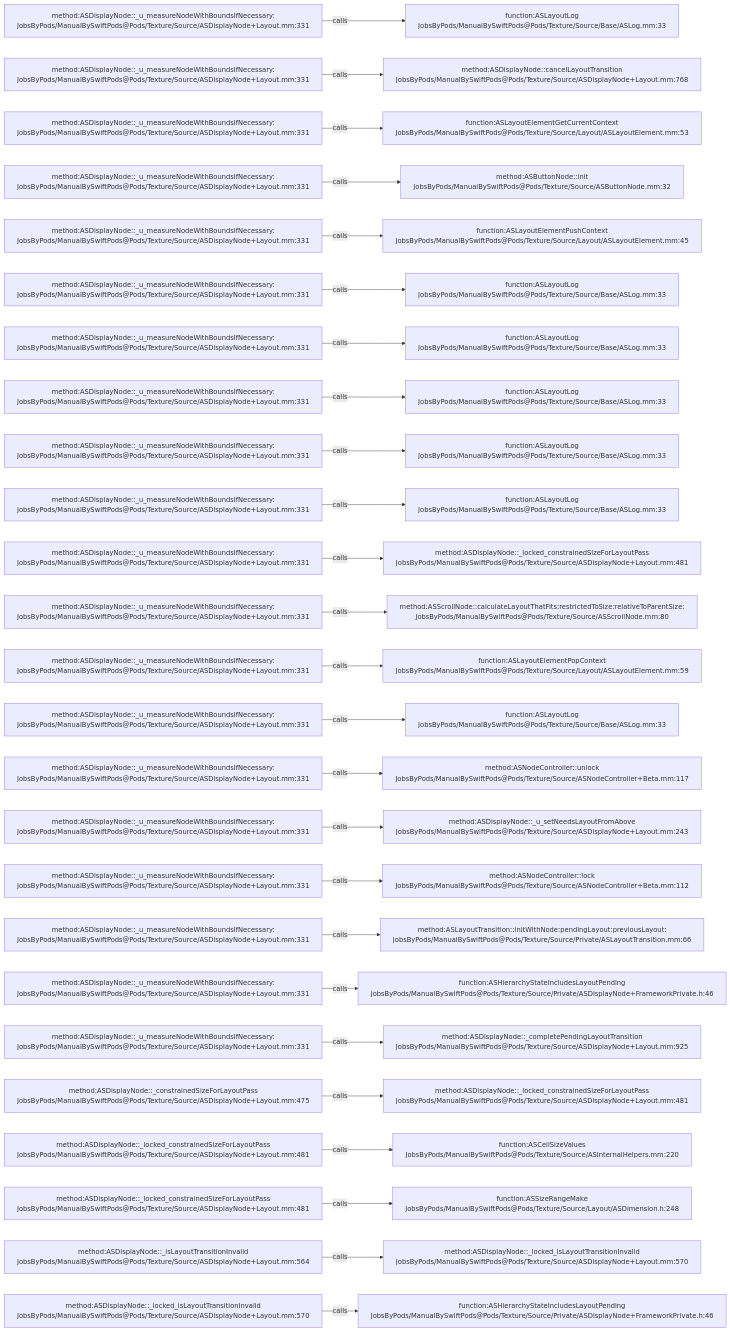
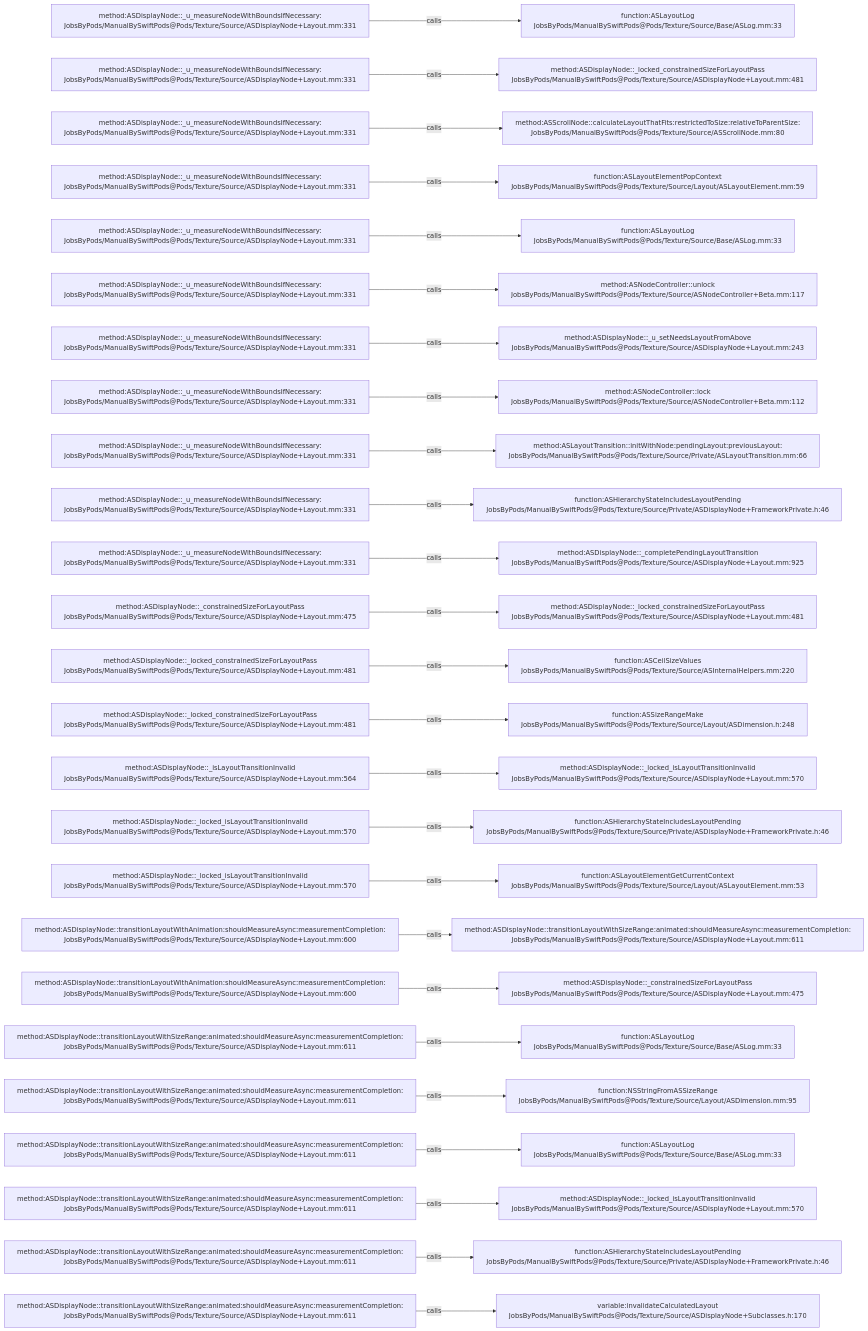
One commit to JobsKits/JobsSwiftBaseConfigDemo changed the diagram in .codegraph/codegraph.md/graphs/calls-022.md. Above: the diagram before and after it, drawn with Mermaid. The commit also changed 707 other files, not shown here.

````diff
--- a/.codegraph/codegraph.md/graphs/calls-022.md
+++ b/.codegraph/codegraph.md/graphs/calls-022.md
@@ -13,78 +13,78 @@
 ```mermaid
 flowchart LR
   S1["method:ASDisplayNode::_u_measureNodeWithBoundsIfNecessary:<br/>JobsByPods/ManualBySwiftPods@Pods/Texture/Source/ASDisplayNode+Layout.mm:331"]
   T1["function:ASLayoutLog<br/>JobsByPods/ManualBySwiftPods@Pods/Texture/Source/Base/ASLog.mm:33"]
   S1 -->|calls| T1
   S2["method:ASDisplayNode::_u_measureNodeWithBoundsIfNecessary:<br/>JobsByPods/ManualBySwiftPods@Pods/Texture/Source/ASDisplayNode+Layout.mm:331"]
-  T2["method:ASDisplayNode::cancelLayoutTransition<br/>JobsByPods/ManualBySwiftPods@Pods/Texture/Source/ASDisplayNode+Layout.mm:768"]
+  T2["method:ASDisplayNode::_locked_constrainedSizeForLayoutPass<br/>JobsByPods/ManualBySwiftPods@Pods/Texture/Source/ASDisplayNode+Layout.mm:481"]
   S2 -->|calls| T2
   S3["method:ASDisplayNode::_u_measureNodeWithBoundsIfNecessary:<br/>JobsByPods/ManualBySwiftPods@Pods/Texture/Source/ASDisplayNode+Layout.mm:331"]
-  T3["function:ASLayoutElementGetCurrentContext<br/>JobsByPods/ManualBySwiftPods@Pods/Texture/Source/Layout/ASLayoutElement.mm:53"]
+  T3["method:ASScrollNode::calculateLayoutThatFits:restrictedToSize:relativeToParentSize:<br/>JobsByPods/ManualBySwiftPods@Pods/Texture/Source/ASScrollNode.mm:80"]
   S3 -->|calls| T3
   S4["method:ASDisplayNode::_u_measureNodeWithBoundsIfNecessary:<br/>JobsByPods/ManualBySwiftPods@Pods/Texture/Source/ASDisplayNode+Layout.mm:331"]
-  T4["method:ASButtonNode::init<br/>JobsByPods/ManualBySwiftPods@Pods/Texture/Source/ASButtonNode.mm:32"]
+  T4["function:ASLayoutElementPopContext<br/>JobsByPods/ManualBySwiftPods@Pods/Texture/Source/Layout/ASLayoutElement.mm:59"]
   S4 -->|calls| T4
   S5["method:ASDisplayNode::_u_measureNodeWithBoundsIfNecessary:<br/>JobsByPods/ManualBySwiftPods@Pods/Texture/Source/ASDisplayNode+Layout.mm:331"]
-  T5["function:ASLayoutElementPushContext<br/>JobsByPods/ManualBySwiftPods@Pods/Texture/Source/Layout/ASLayoutElement.mm:45"]
+  T5["function:ASLayoutLog<br/>JobsByPods/ManualBySwiftPods@Pods/Texture/Source/Base/ASLog.mm:33"]
   S5 -->|calls| T5
   S6["method:ASDisplayNode::_u_measureNodeWithBoundsIfNecessary:<br/>JobsByPods/ManualBySwiftPods@Pods/Texture/Source/ASDisplayNode+Layout.mm:331"]
-  T6["function:ASLayoutLog<br/>JobsByPods/ManualBySwiftPods@Pods/Texture/Source/Base/ASLog.mm:33"]
+  T6["method:ASNodeController::unlock<br/>JobsByPods/ManualBySwiftPods@Pods/Texture/Source/ASNodeController+Beta.mm:117"]
   S6 -->|calls| T6
   S7["method:ASDisplayNode::_u_measureNodeWithBoundsIfNecessary:<br/>JobsByPods/ManualBySwiftPods@Pods/Texture/Source/ASDisplayNode+Layout.mm:331"]
-  T7["function:ASLayoutLog<br/>JobsByPods/ManualBySwiftPods@Pods/Texture/Source/Base/ASLog.mm:33"]
+  T7["method:ASDisplayNode::_u_setNeedsLayoutFromAbove<br/>JobsByPods/ManualBySwiftPods@Pods/Texture/Source/ASDisplayNode+Layout.mm:243"]
   S7 -->|calls| T7
   S8["method:ASDisplayNode::_u_measureNodeWithBoundsIfNecessary:<br/>JobsByPods/ManualBySwiftPods@Pods/Texture/Source/ASDisplayNode+Layout.mm:331"]
-  T8["function:ASLayoutLog<br/>JobsByPods/ManualBySwiftPods@Pods/Texture/Source/Base/ASLog.mm:33"]
+  T8["method:ASNodeController::lock<br/>JobsByPods/ManualBySwiftPods@Pods/Texture/Source/ASNodeController+Beta.mm:112"]
   S8 -->|calls| T8
   S9["method:ASDisplayNode::_u_measureNodeWithBoundsIfNecessary:<br/>JobsByPods/ManualBySwiftPods@Pods/Texture/Source/ASDisplayNode+Layout.mm:331"]
-  T9["function:ASLayoutLog<br/>JobsByPods/ManualBySwiftPods@Pods/Texture/Source/Base/ASLog.mm:33"]
+  T9["method:ASLayoutTransition::initWithNode:pendingLayout:previousLayout:<br/>JobsByPods/ManualBySwiftPods@Pods/Texture/Source/Private/ASLayoutTransition.mm:66"]
   S9 -->|calls| T9
   S10["method:ASDisplayNode::_u_measureNodeWithBoundsIfNecessary:<br/>JobsByPods/ManualBySwiftPods@Pods/Texture/Source/ASDisplayNode+Layout.mm:331"]
-  T10["function:ASLayoutLog<br/>JobsByPods/ManualBySwiftPods@Pods/Texture/Source/Base/ASLog.mm:33"]
+  T10["function:ASHierarchyStateIncludesLayoutPending<br/>JobsByPods/ManualBySwiftPods@Pods/Texture/Source/Private/ASDisplayNode+FrameworkPrivate.h:46"]
   S10 -->|calls| T10
   S11["method:ASDisplayNode::_u_measureNodeWithBoundsIfNecessary:<br/>JobsByPods/ManualBySwiftPods@Pods/Texture/Source/ASDisplayNode+Layout.mm:331"]
-  T11["method:ASDisplayNode::_locked_constrainedSizeForLayoutPass<br/>JobsByPods/ManualBySwiftPods@Pods/Texture/Source/ASDisplayNode+Layout.mm:481"]
+  T11["method:ASDisplayNode::_completePendingLayoutTransition<br/>JobsByPods/ManualBySwiftPods@Pods/Texture/Source/ASDisplayNode+Layout.mm:925"]
   S11 -->|calls| T11
-  S12["method:ASDisplayNode::_u_measureNodeWithBoundsIfNecessary:<br/>JobsByPods/ManualBySwiftPods@Pods/Texture/Source/ASDisplayNode+Layout.mm:331"]
-  T12["method:ASScrollNode::calculateLayoutThatFits:restrictedToSize:relativeToParentSize:<br/>JobsByPods/ManualBySwiftPods@Pods/Texture/Source/ASScrollNode.mm:80"]
+  S12["method:ASDisplayNode::_constrainedSizeForLayoutPass<br/>JobsByPods/ManualBySwiftPods@Pods/Texture/Source/ASDisplayNode+Layout.mm:475"]
+  T12["method:ASDisplayNode::_locked_constrainedSizeForLayoutPass<br/>JobsByPods/ManualBySwiftPods@Pods/Texture/Source/ASDisplayNode+Layout.mm:481"]
   S12 -->|calls| T12
-  S13["method:ASDisplayNode::_u_measureNodeWithBoundsIfNecessary:<br/>JobsByPods/ManualBySwiftPods@Pods/Texture/Source/ASDisplayNode+Layout.mm:331"]
-  T13["function:ASLayoutElementPopContext<br/>JobsByPods/ManualBySwiftPods@Pods/Texture/Source/Layout/ASLayoutElement.mm:59"]
+  S13["method:ASDisplayNode::_locked_constrainedSizeForLayoutPass<br/>JobsByPods/ManualBySwiftPods@Pods/Texture/Source/ASDisplayNode+Layout.mm:481"]
+  T13["function:ASCeilSizeValues<br/>JobsByPods/ManualBySwiftPods@Pods/Texture/Source/ASInternalHelpers.mm:220"]
   S13 -->|calls| T13
-  S14["method:ASDisplayNode::_u_measureNodeWithBoundsIfNecessary:<br/>JobsByPods/ManualBySwiftPods@Pods/Texture/Source/ASDisplayNode+Layout.mm:331"]
-  T14["function:ASLayoutLog<br/>JobsByPods/ManualBySwiftPods@Pods/Texture/Source/Base/ASLog.mm:33"]
+  S14["method:ASDisplayNode::_locked_constrainedSizeForLayoutPass<br/>JobsByPods/ManualBySwiftPods@Pods/Texture/Source/ASDisplayNode+Layout.mm:481"]
+  T14["function:ASSizeRangeMake<br/>JobsByPods/ManualBySwiftPods@Pods/Texture/Source/Layout/ASDimension.h:248"]
   S14 -->|calls| T14
-  S15["method:ASDisplayNode::_u_measureNodeWithBoundsIfNecessary:<br/>JobsByPods/ManualBySwiftPods@Pods/Texture/Source/ASDisplayNode+Layout.mm:331"]
-  T15["method:ASNodeController::unlock<br/>JobsByPods/ManualBySwiftPods@Pods/Texture/Source/ASNodeController+Beta.mm:117"]
+  S15["method:ASDisplayNode::_isLayoutTransitionInvalid<br/>JobsByPods/ManualBySwiftPods@Pods/Texture/Source/ASDisplayNode+Layout.mm:564"]
+  T15["method:ASDisplayNode::_locked_isLayoutTransitionInvalid<br/>JobsByPods/ManualBySwiftPods@Pods/Texture/Source/ASDisplayNode+Layout.mm:570"]
   S15 -->|calls| T15
-  S16["method:ASDisplayNode::_u_measureNodeWithBoundsIfNecessary:<br/>JobsByPods/ManualBySwiftPods@Pods/Texture/Source/ASDisplayNode+Layout.mm:331"]
-  T16["method:ASDisplayNode::_u_setNeedsLayoutFromAbove<br/>JobsByPods/ManualBySwiftPods@Pods/Texture/Source/ASDisplayNode+Layout.mm:243"]
+  S16["method:ASDisplayNode::_locked_isLayoutTransitionInvalid<br/>JobsByPods/ManualBySwiftPods@Pods/Texture/Source/ASDisplayNode+Layout.mm:570"]
+  T16["function:ASHierarchyStateIncludesLayoutPending<br/>JobsByPods/ManualBySwiftPods@Pods/Texture/Source/Private/ASDisplayNode+FrameworkPrivate.h:46"]
   S16 -->|calls| T16
-  S17["method:ASDisplayNode::_u_measureNodeWithBoundsIfNecessary:<br/>JobsByPods/ManualBySwiftPods@Pods/Texture/Source/ASDisplayNode+Layout.mm:331"]
-  T17["method:ASNodeController::lock<br/>JobsByPods/ManualBySwiftPods@Pods/Texture/Source/ASNodeController+Beta.mm:112"]
+  S17["method:ASDisplayNode::_locked_isLayoutTransitionInvalid<br/>JobsByPods/ManualBySwiftPods@Pods/Texture/Source/ASDisplayNode+Layout.mm:570"]
+  T17["function:ASLayoutElementGetCurrentContext<br/>JobsByPods/ManualBySwiftPods@Pods/Texture/Source/Layout/ASLayoutElement.mm:53"]
   S17 -->|calls| T17
-  S18["method:ASDisplayNode::_u_measureNodeWithBoundsIfNecessary:<br/>JobsByPods/ManualBySwiftPods@Pods/Texture/Source/ASDisplayNode+Layout.mm:331"]
-  T18["method:ASLayoutTransition::initWithNode:pendingLayout:previousLayout:<br/>JobsByPods/ManualBySwiftPods@Pods/Texture/Source/Private/ASLayoutTransition.mm:66"]
+  S18["method:ASDisplayNode::transitionLayoutWithAnimation:shouldMeasureAsync:measurementCompletion:<br/>JobsByPods/ManualBySwiftPods@Pods/Texture/Source/ASDisplayNode+Layout.mm:600"]
+  T18["method:ASDisplayNode::transitionLayoutWithSizeRange:animated:shouldMeasureAsync:measurementCompletion:<br/>JobsByPods/ManualBySwiftPods@Pods/Texture/Source/ASDisplayNode+Layout.mm:611"]
   S18 -->|calls| T18
-  S19["method:ASDisplayNode::_u_measureNodeWithBoundsIfNecessary:<br/>JobsByPods/ManualBySwiftPods@Pods/Texture/Source/ASDisplayNode+Layout.mm:331"]
-  T19["function:ASHierarchyStateIncludesLayoutPending<br/>JobsByPods/ManualBySwiftPods@Pods/Texture/Source/Private/ASDisplayNode+FrameworkPrivate.h:46"]
+  S19["method:ASDisplayNode::transitionLayoutWithAnimation:shouldMeasureAsync:measurementCompletion:<br/>JobsByPods/ManualBySwiftPods@Pods/Texture/Source/ASDisplayNode+Layout.mm:600"]
+  T19["method:ASDisplayNode::_constrainedSizeForLayoutPass<br/>JobsByPods/ManualBySwiftPods@Pods/Texture/Source/ASDisplayNode+Layout.mm:475"]
   S19 -->|calls| T19
-  S20["method:ASDisplayNode::_u_measureNodeWithBoundsIfNecessary:<br/>JobsByPods/ManualBySwiftPods@Pods/Texture/Source/ASDisplayNode+Layout.mm:331"]
-  T20["method:ASDisplayNode::_completePendingLayoutTransition<br/>JobsByPods/ManualBySwiftPods@Pods/Texture/Source/ASDisplayNode+Layout.mm:925"]
+  S20["method:ASDisplayNode::transitionLayoutWithSizeRange:animated:shouldMeasureAsync:measurementCompletion:<br/>JobsByPods/ManualBySwiftPods@Pods/Texture/Source/ASDisplayNode+Layout.mm:611"]
+  T20["function:ASLayoutLog<br/>JobsByPods/ManualBySwiftPods@Pods/Texture/Source/Base/ASLog.mm:33"]
   S20 -->|calls| T20
-  S21["method:ASDisplayNode::_constrainedSizeForLayoutPass<br/>JobsByPods/ManualBySwiftPods@Pods/Texture/Source/ASDisplayNode+Layout.mm:475"]
-  T21["method:ASDisplayNode::_locked_constrainedSizeForLayoutPass<br/>JobsByPods/ManualBySwiftPods@Pods/Texture/Source/ASDisplayNode+Layout.mm:481"]
+  S21["method:ASDisplayNode::transitionLayoutWithSizeRange:animated:shouldMeasureAsync:measurementCompletion:<br/>JobsByPods/ManualBySwiftPods@Pods/Texture/Source/ASDisplayNode+Layout.mm:611"]
+  T21["function:NSStringFromASSizeRange<br/>JobsByPods/ManualBySwiftPods@Pods/Texture/Source/Layout/ASDimension.mm:95"]
   S21 -->|calls| T21
-  S22["method:ASDisplayNode::_locked_constrainedSizeForLayoutPass<br/>JobsByPods/ManualBySwiftPods@Pods/Texture/Source/ASDisplayNode+Layout.mm:481"]
-  T22["function:ASCeilSizeValues<br/>JobsByPods/ManualBySwiftPods@Pods/Texture/Source/ASInternalHelpers.mm:220"]
+  S22["method:ASDisplayNode::transitionLayoutWithSizeRange:animated:shouldMeasureAsync:measurementCompletion:<br/>JobsByPods/ManualBySwiftPods@Pods/Texture/Source/ASDisplayNode+Layout.mm:611"]
+  T22["function:ASLayoutLog<br/>JobsByPods/ManualBySwiftPods@Pods/Texture/Source/Base/ASLog.mm:33"]
   S22 -->|calls| T22
-  S23["method:ASDisplayNode::_locked_constrainedSizeForLayoutPass<br/>JobsByPods/ManualBySwiftPods@Pods/Texture/Source/ASDisplayNode+Layout.mm:481"]
-  T23["function:ASSizeRangeMake<br/>JobsByPods/ManualBySwiftPods@Pods/Texture/Source/Layout/ASDimension.h:248"]
+  S23["method:ASDisplayNode::transitionLayoutWithSizeRange:animated:shouldMeasureAsync:measurementCompletion:<br/>JobsByPods/ManualBySwiftPods@Pods/Texture/Source/ASDisplayNode+Layout.mm:611"]
+  T23["method:ASDisplayNode::_locked_isLayoutTransitionInvalid<br/>JobsByPods/ManualBySwiftPods@Pods/Texture/Source/ASDisplayNode+Layout.mm:570"]
   S23 -->|calls| T23
-  S24["method:ASDisplayNode::_isLayoutTransitionInvalid<br/>JobsByPods/ManualBySwiftPods@Pods/Texture/Source/ASDisplayNode+Layout.mm:564"]
-  T24["method:ASDisplayNode::_locked_isLayoutTransitionInvalid<br/>JobsByPods/ManualBySwiftPods@Pods/Texture/Source/ASDisplayNode+Layout.mm:570"]
+  S24["method:ASDisplayNode::transitionLayoutWithSizeRange:animated:shouldMeasureAsync:measurementCompletion:<br/>JobsByPods/ManualBySwiftPods@Pods/Texture/Source/ASDisplayNode+Layout.mm:611"]
+  T24["function:ASHierarchyStateIncludesLayoutPending<br/>JobsByPods/ManualBySwiftPods@Pods/Texture/Source/Private/ASDisplayNode+FrameworkPrivate.h:46"]
   S24 -->|calls| T24
-  S25["method:ASDisplayNode::_locked_isLayoutTransitionInvalid<br/>JobsByPods/ManualBySwiftPods@Pods/Texture/Source/ASDisplayNode+Layout.mm:570"]
-  T25["function:ASHierarchyStateIncludesLayoutPending<br/>JobsByPods/ManualBySwiftPods@Pods/Texture/Source/Private/ASDisplayNode+FrameworkPrivate.h:46"]
+  S25["method:ASDisplayNode::transitionLayoutWithSizeRange:animated:shouldMeasureAsync:measurementCompletion:<br/>JobsByPods/ManualBySwiftPods@Pods/Texture/Source/ASDisplayNode+Layout.mm:611"]
+  T25["variable:invalidateCalculatedLayout<br/>JobsByPods/ManualBySwiftPods@Pods/Texture/Source/ASDisplayNode+Subclasses.h:170"]
   S25 -->|calls| T25
 ```
````
